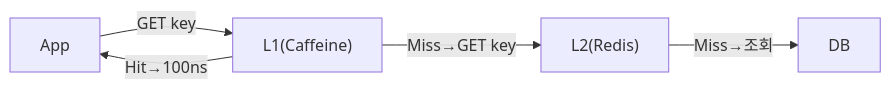
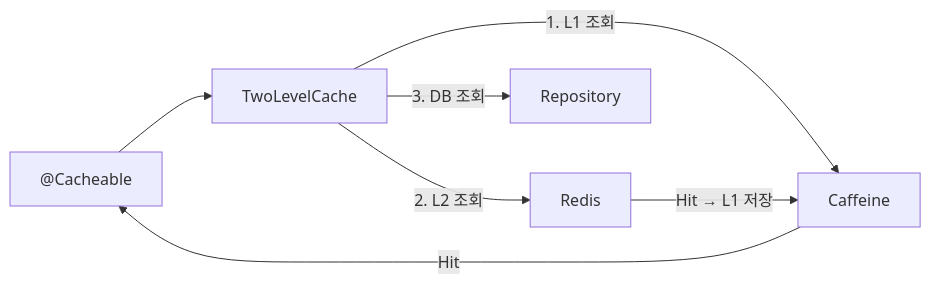
The fourth of 8 diagrams in _posts/caching/2026-05-03-multi-layer-caching.md (yjkim2015/yjkim2015.github.io), drawn with Mermaid before and after one commit. The commit also changed other lines of this file and 4 other files, not shown here.

````diff
--- a/_posts/caching/2026-05-03-multi-layer-caching.md
+++ b/_posts/caching/2026-05-03-multi-layer-caching.md
@@ -191,11 +333,9 @@
 ```mermaid
 graph LR
-    App["App"]
-    L1["L1(Caffeine)"]
-    L2["L2(Redis)"]
-    DB["DB"]
-    App -->|"GET key"| L1
-    L1 -->|"Hit→100ns"| App
-    L1 -->|"Miss→GET key"| L2
-    L2 -->|"Miss→조회"| DB
+    APP["@Cacheable"] --> TWO["TwoLevelCache"]
+    TWO -->|"1. L1 조회"| L1["Caffeine"]
+    L1 -->|"Hit"| APP
+    TWO -->|"2. L2 조회"| L2["Redis"]
+    L2 -->|"Hit → L1 저장"| L1
+    TWO -->|"3. DB 조회"| DB["Repository"]
 ```
````
